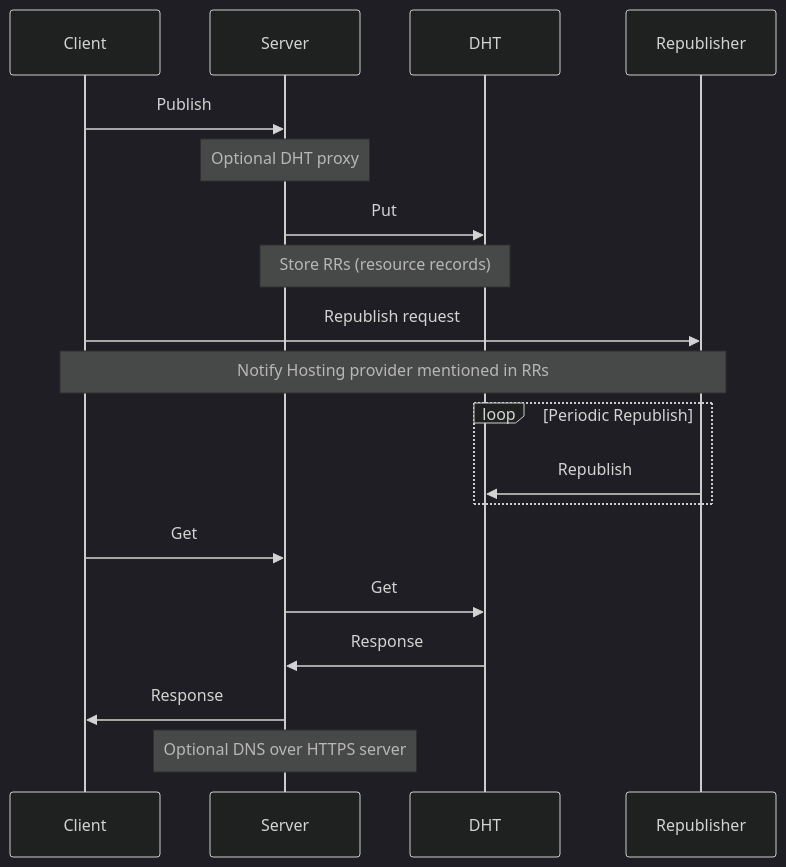
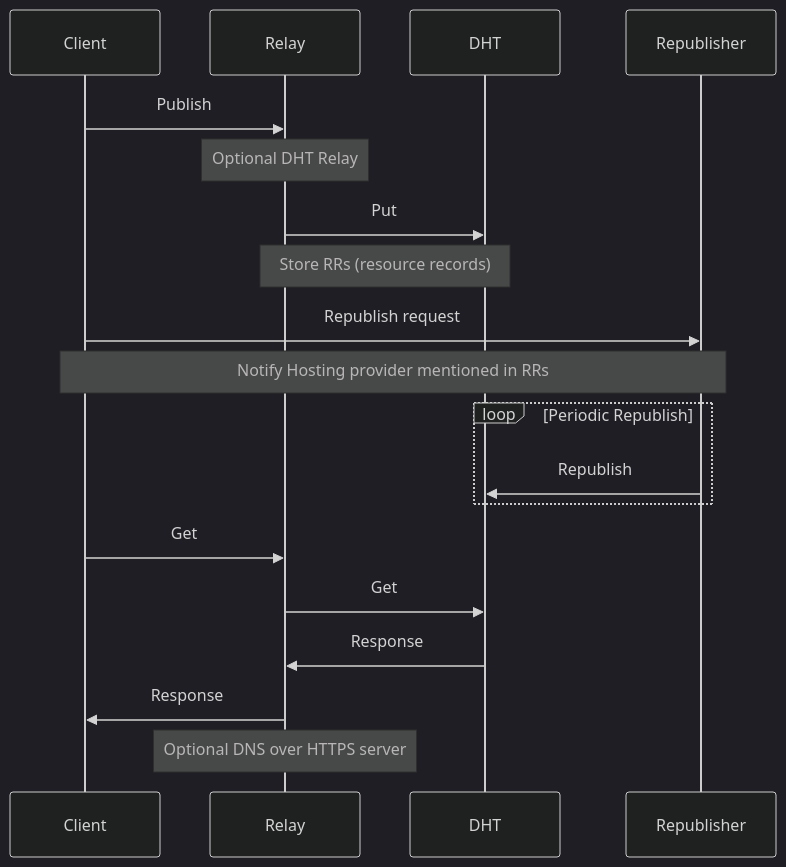
The diagram in README.md (pubky/pkarr), drawn with Mermaid (dark theme) before and after one commit. The commit also changed other lines of this file and 3 other files, not shown here.

````diff
--- a/README.md
+++ b/README.md
@@ -31,25 +31,25 @@
 ```mermaid
 sequenceDiagram
     participant Client
-    participant Server
+    participant Relay
     participant DHT
     participant Republisher
 
-    Client->>Server: Publish
-    note over Server: Optional DHT proxy
-    Server->>DHT: Put
-    Note over Server,DHT: Store RRs (resource records)
+    Client->>Relay: Publish
+    note over Relay: Optional DHT Relay
+    Relay->>DHT: Put
+    Note over Relay,DHT: Store RRs (resource records)
 
     Client->>Republisher: Republish request
     note over Client, Republisher: Notify Hosting provider mentioned in RRs
 
     loop Periodic Republish
         Republisher->>DHT: Republish
     end
 
-    Client->>Server: Get
-    Server->>DHT: Get
-    DHT->>Server: Response
-    Server->>Client: Response
-    note over  Server: Optional DNS over HTTPS server
+    Client->>Relay: Get
+    Relay->>DHT: Get
+    DHT->>Relay: Response
+    Relay->>Client: Response
+    note over  Relay: Optional DNS over HTTPS server
 ```
````
